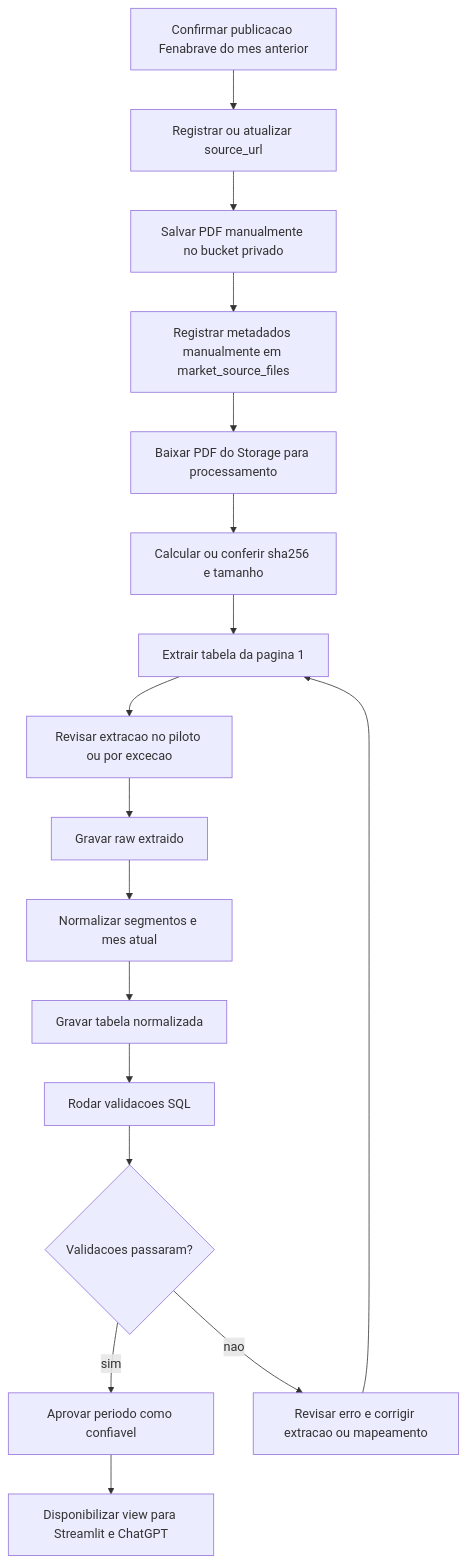
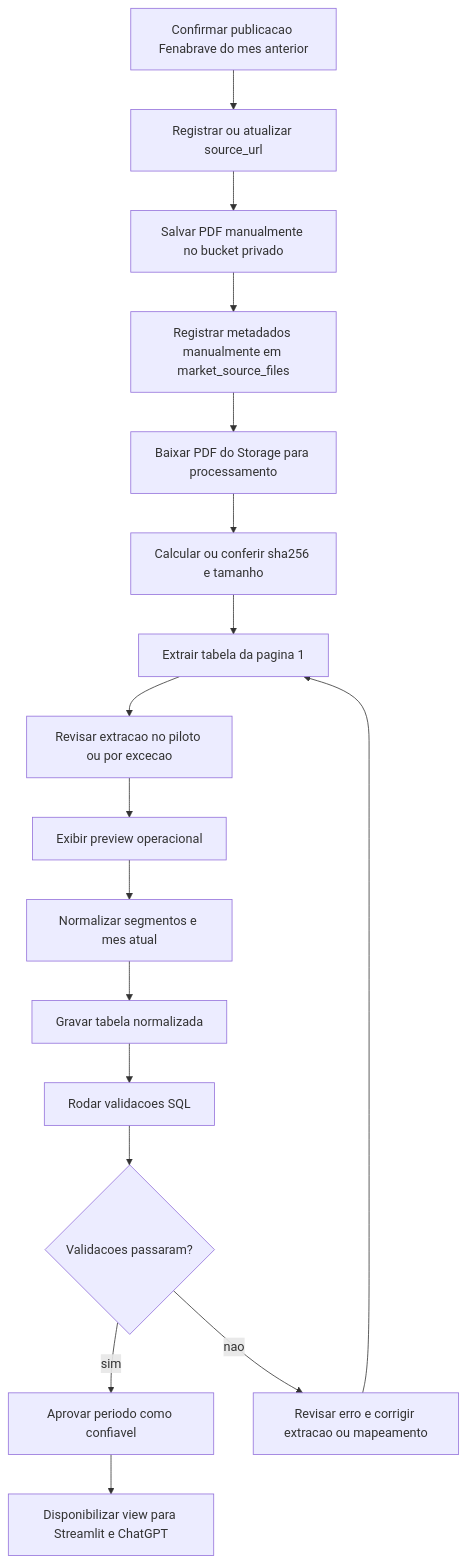
Before and after one commit to artamaral/social_media-analytics: the diagram in sql/docs/23_FENABRAVE_PHASE1_INGESTION_SPEC.md, drawn with Mermaid. The commit also changed other lines of this file and 3 other files, not shown here.

````diff
--- a/sql/docs/23_FENABRAVE_PHASE1_INGESTION_SPEC.md
+++ b/sql/docs/23_FENABRAVE_PHASE1_INGESTION_SPEC.md
@@ -113,23 +113,23 @@
 ```mermaid
 flowchart TD
   A["Confirmar publicacao Fenabrave do mes anterior"]
   B["Registrar ou atualizar source_url"]
   C["Salvar PDF manualmente no bucket privado"]
   D["Registrar metadados manualmente em market_source_files"]
   E["Baixar PDF do Storage para processamento"]
   F["Calcular ou conferir sha256 e tamanho"]
   G["Extrair tabela da pagina 1"]
   H["Revisar extracao no piloto ou por excecao"]
-  I["Gravar raw extraido"]
+  I["Exibir preview operacional"]
   J["Normalizar segmentos e mes atual"]
   K["Gravar tabela normalizada"]
   L["Rodar validacoes SQL"]
   M{"Validacoes passaram?"}
   N["Aprovar periodo como confiavel"]
   O["Disponibilizar view para Streamlit e ChatGPT"]
   P["Revisar erro e corrigir extracao ou mapeamento"]
 
   A --> B --> C --> D --> E --> F --> G --> H --> I --> J --> K --> L --> M
   M -->|sim| N --> O
   M -->|nao| P --> G
 ```
````
